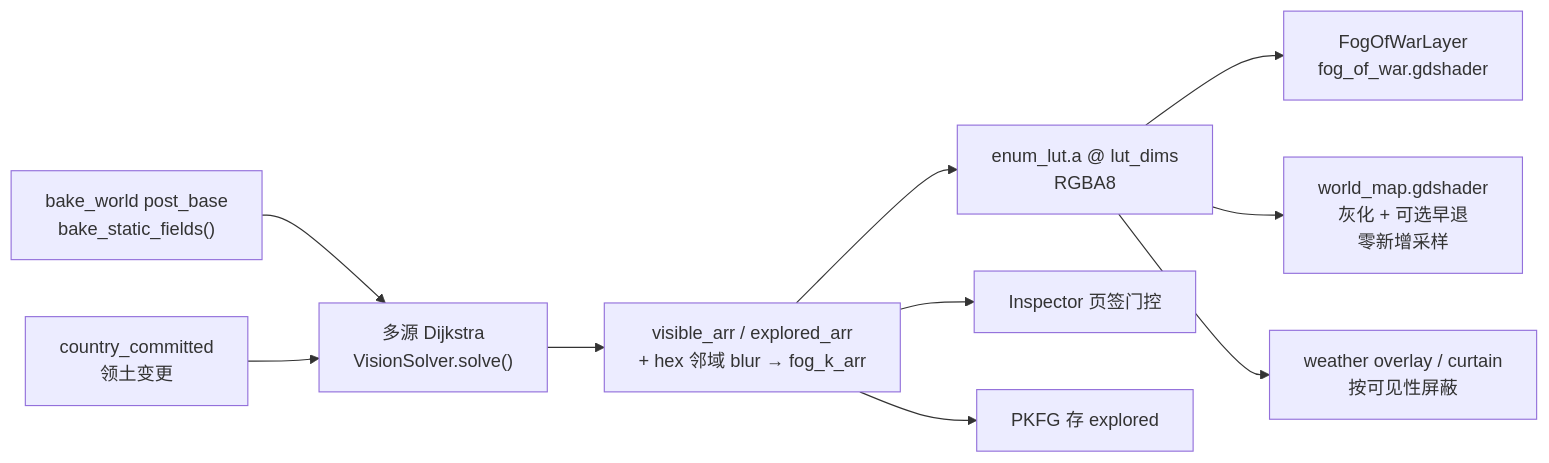
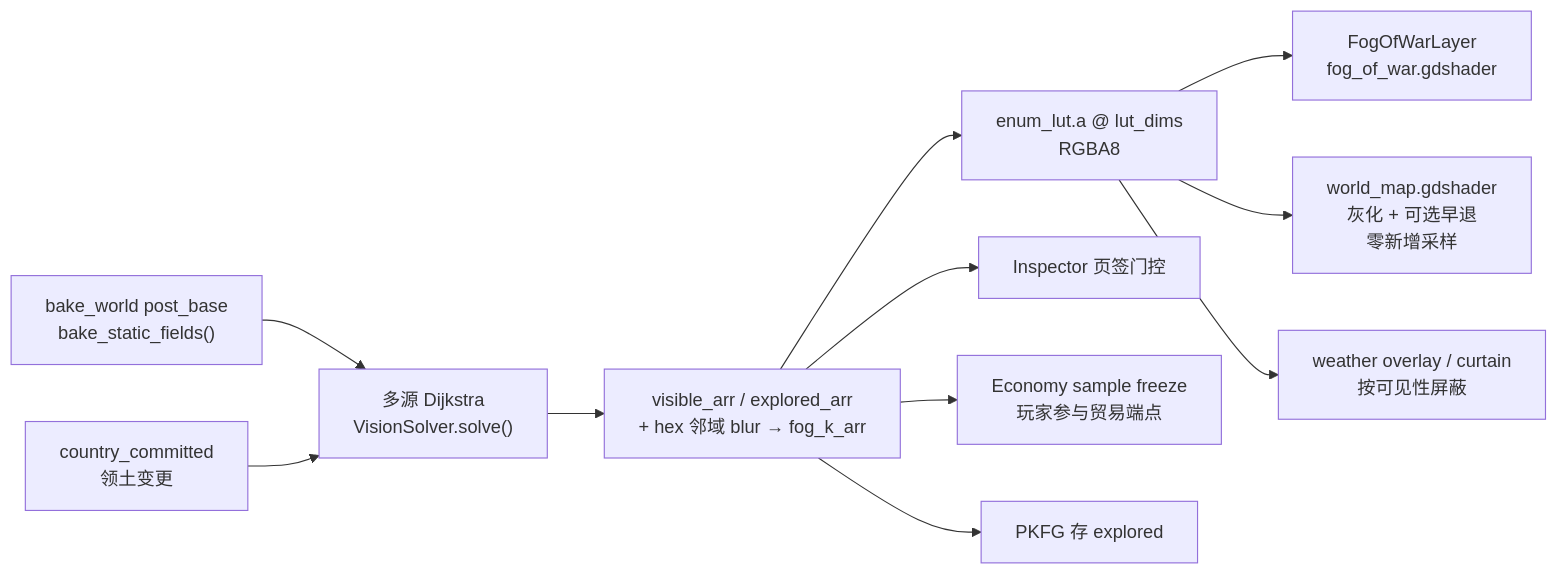
Before and after one commit to HkingAuditore/Project.Keynes: the diagram in docs/cpp-dots-runtime/vision-fog-and-borders.md, drawn with Mermaid. The commit also changed other lines of this file and 434 other files, not shown here.

````diff
--- a/docs/cpp-dots-runtime/vision-fog-and-borders.md
+++ b/docs/cpp-dots-runtime/vision-fog-and-borders.md
@@ -22,12 +22,13 @@
 ```mermaid
 flowchart LR
   bake["bake_world post_base<br/>bake_static_fields()"] --> solve
   terr["country_committed<br/>领土变更"] --> solve["多源 Dijkstra<br/>VisionSolver.solve()"]
   solve --> vis["visible_arr / explored_arr<br/>+ hex 邻域 blur → fog_k_arr"]
   vis --> lut["enum_lut.a @ lut_dims<br/>RGBA8"]
   lut --> fog["FogOfWarLayer<br/>fog_of_war.gdshader"]
   lut --> wm["world_map.gdshader<br/>灰化 + 可选早退<br/>零新增采样"]
 lut --> wx["weather overlay / curtain<br/>按可见性屏蔽"]
   vis --> ui["Inspector 页签门控"]
+  vis --> trade["Economy sample freeze<br/>玩家参与贸易端点"]
   vis --> save["PKFG 存 explored"]
 ```
````
